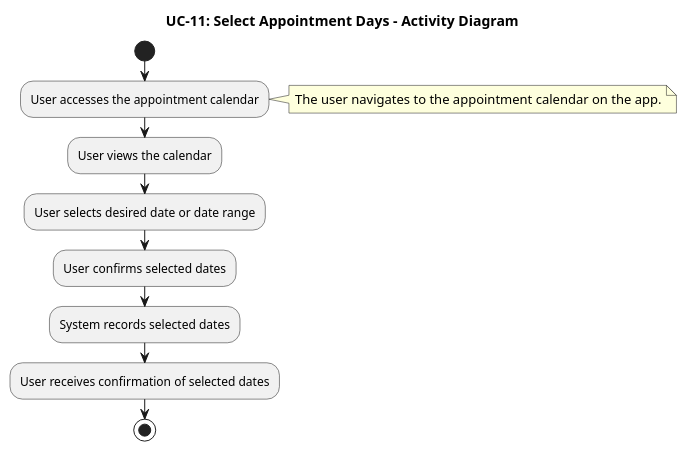
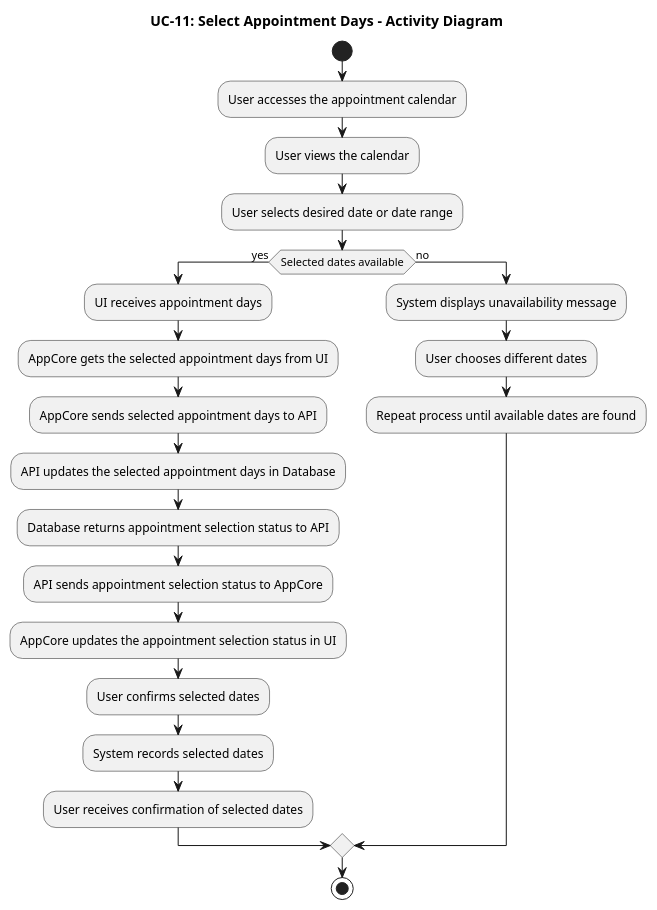
One commit to IrenePorta/PetSitters changed the diagram in Documents/PlantUML/UC-11_ACTIVITY_Diagram.puml. Above: the diagram before and after it, drawn with PlantUML.

```diff
--- a/Documents/PlantUML/UC-11_ACTIVITY_Diagram.puml
+++ b/Documents/PlantUML/UC-11_ACTIVITY_Diagram.puml
@@ -1,20 +1,40 @@
 @startuml
 title UC-11: Select Appointment Days - Activity Diagram
 
 start
+
 :User accesses the appointment calendar;
-note right: The user navigates to the appointment calendar on the app.
 
 :User views the calendar;
 
 :User selects desired date or date range;
 
-:User confirms selected dates;
+if (Selected dates available) then (yes)
+  :UI receives appointment days;
 
-:System records selected dates;
+  :AppCore gets the selected appointment days from UI;
 
-:User receives confirmation of selected dates;
+  :AppCore sends selected appointment days to API;
+
+  :API updates the selected appointment days in Database;
+
+  :Database returns appointment selection status to API;
+
+  :API sends appointment selection status to AppCore;
+
+  :AppCore updates the appointment selection status in UI;
+
+  :User confirms selected dates;
+
+  :System records selected dates;
+
+  :User receives confirmation of selected dates;
+else (no)
+  :System displays unavailability message;
+  :User chooses different dates;
+  :Repeat process until available dates are found;
+endif
 
 stop
 
 @enduml
```
